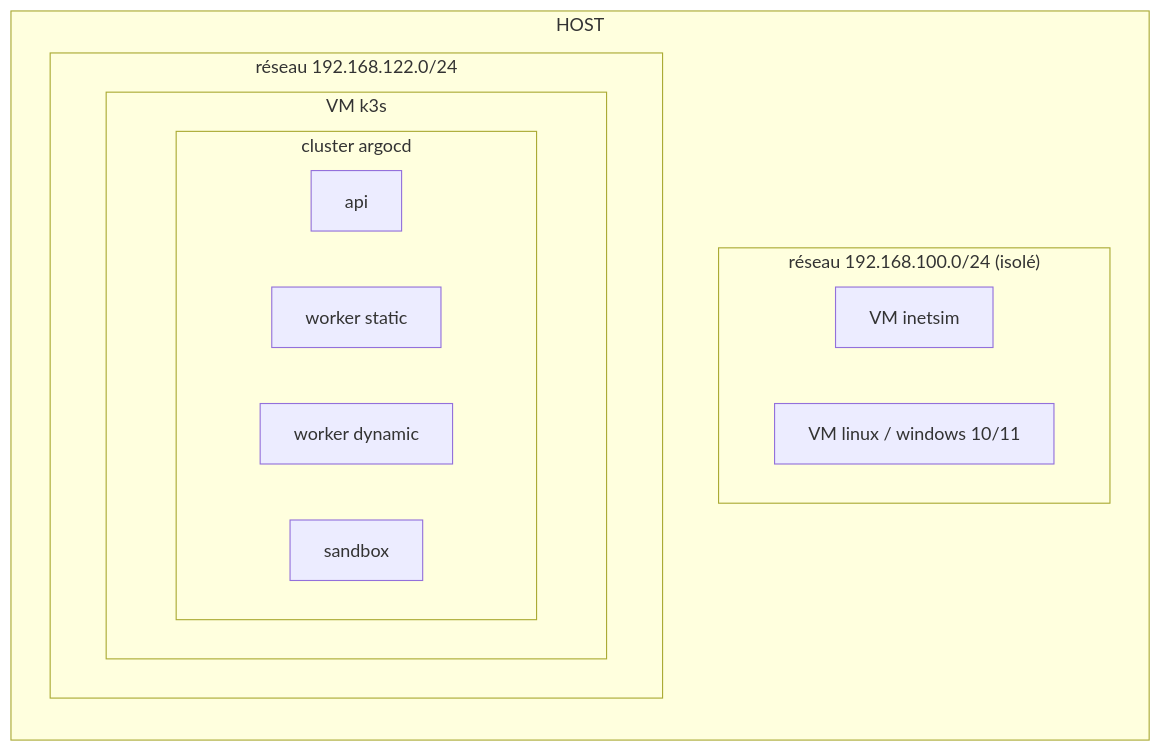
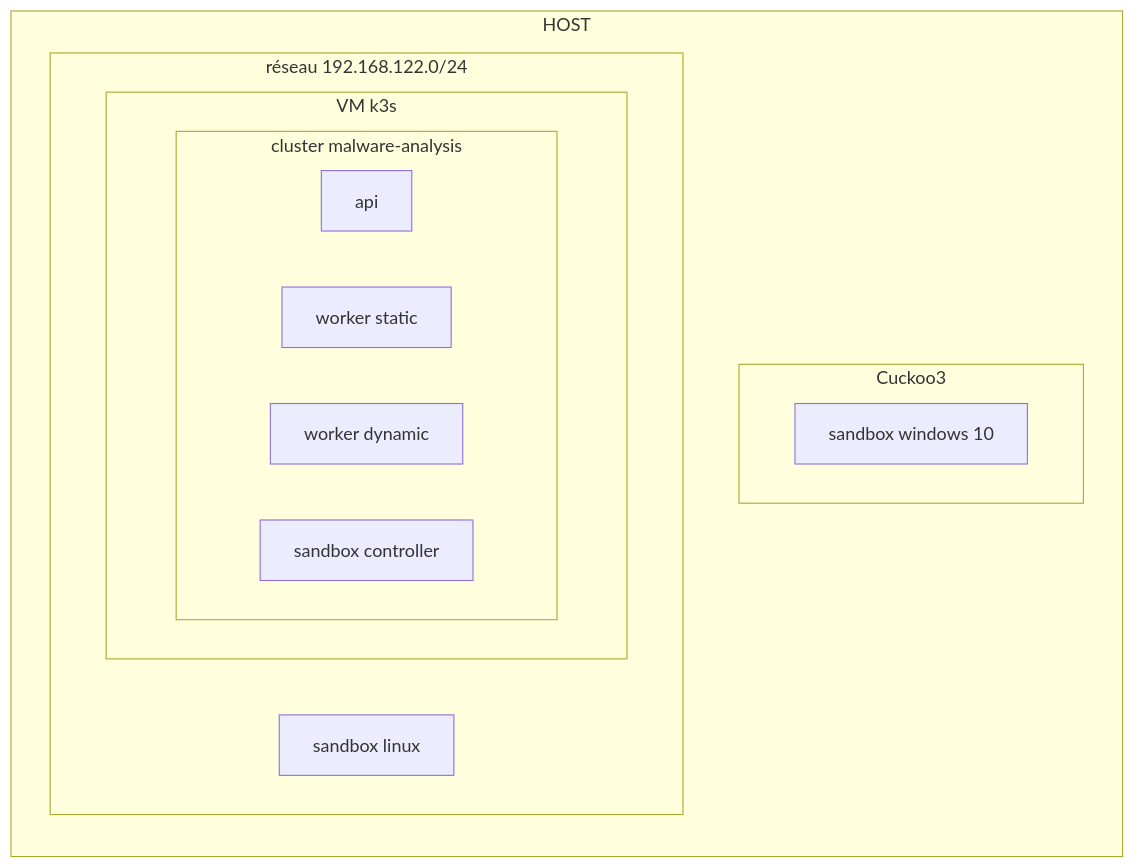
The first of 3 diagrams in docs/ARCHITECTURE.md (na-teag/PFE), drawn with Mermaid before and after one commit. The commit also changed other lines of this file and 1 other file, not shown here.

````diff
--- a/docs/ARCHITECTURE.md
+++ b/docs/ARCHITECTURE.md
@@ -3,22 +3,24 @@
 ```mermaid
 flowchart LR
     
 subgraph HOST
-    subgraph R1["réseau 192.168.100.0/24 (isolé)"]
-        VM1[VM inetsim]
-        VM2[VM linux / windows 10/11]
+    subgraph Cuckoo3
+        VM1[sandbox windows 10]
     end
+    
 
     subgraph R2[réseau 192.168.122.0/24]
+        VM2[sandbox linux]
         subgraph VM3[VM k3s]
-            subgraph C[cluster argocd]
+            subgraph C[cluster malware-analysis]
                 P1[api]
                 P2[worker static]
                 P3[worker dynamic]
-                P4[sandbox]
+                P4[sandbox controller]
             end
         end
     end
-    
+
+    click Cuckoo3 "https://github.com/cert-ee/cuckoo3" "Cuckoo3" _blank
 end
 ```
````
